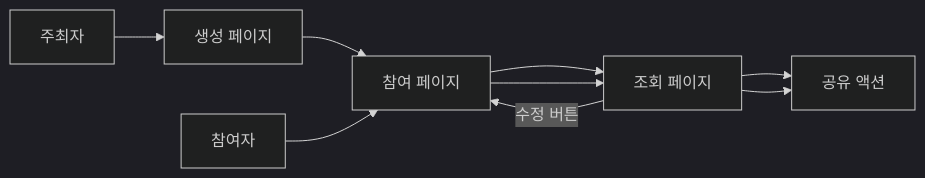
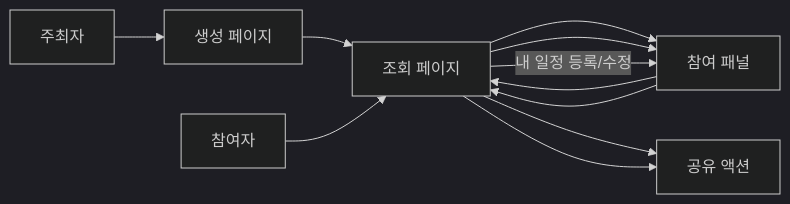
One commit to pjw7264/ejmn changed the first of 2 diagrams in docs/페이지-시나리오.md. Above: the diagram before and after it, drawn with Mermaid (dark theme). The commit also changed other lines of this file and 21 other files, not shown here.

````diff
--- a/docs/페이지-시나리오.md
+++ b/docs/페이지-시나리오.md
@@ -52,14 +47,14 @@
 ```mermaid
 flowchart LR
     organizer["주최자"]
     participant["참여자"]
 
     create["생성 페이지"]
-    join["참여 페이지"]
     view["조회 페이지"]
+    join["참여 패널"]
     share["공유 액션"]
 
-    organizer --> create --> join --> view --> share
-    participant --> join --> view --> share
-    view -- "수정 버튼" --> join
+    organizer --> create --> view --> join --> view --> share
+    participant --> view --> join --> view --> share
+    view -- "내 일정 등록/수정" --> join
 ```
````
